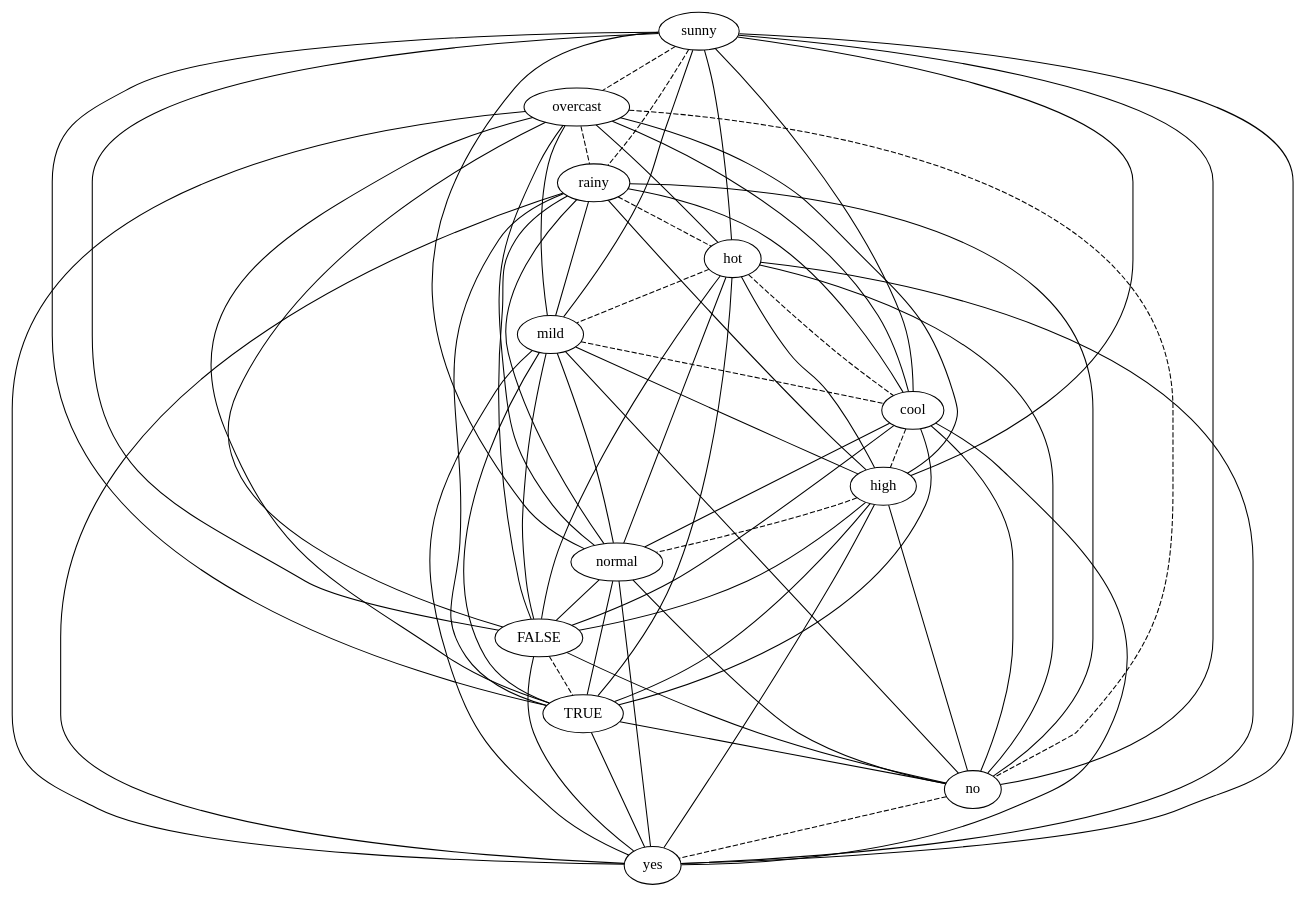
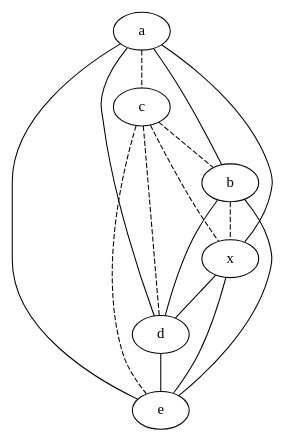
Before and after one commit to lrodrin/TFG: the diagram in src/final/plainGraph.dot, drawn with Graphviz. The commit also changed 14 other files, not shown here.

```diff
--- a/src/final/plainGraph.dot
+++ b/src/final/plainGraph.dot
@@ -1,80 +1,23 @@
 strict graph "" {
-sunny;
-overcast;
-rainy;
-hot;
-mild;
-cool;
-high;
-normal;
-FALSE;
-TRUE;
-no;
-yes;
-sunny -- overcast  [color=black, style=dashed];
-sunny -- rainy  [color=black, style=dashed];
-sunny -- hot  [color=black, style=solid];
-sunny -- mild  [color=black, style=solid];
-sunny -- cool  [color=black, style=solid];
-sunny -- high  [color=black, style=solid];
-sunny -- normal  [color=black, style=solid];
-sunny -- FALSE  [color=black, style=solid];
-sunny -- TRUE  [color=black, style=solid];
-sunny -- no  [color=black, style=solid];
-sunny -- yes  [color=black, style=solid];
-overcast -- rainy  [color=black, style=dashed];
-overcast -- hot  [color=black, style=solid];
-overcast -- mild  [color=black, style=solid];
-overcast -- cool  [color=black, style=solid];
-overcast -- high  [color=black, style=solid];
-overcast -- normal  [color=black, style=solid];
-overcast -- FALSE  [color=black, style=solid];
-overcast -- TRUE  [color=black, style=solid];
-overcast -- no  [color=black, style=dashed];
-overcast -- yes  [color=black, style=solid];
-rainy -- hot  [color=black, style=dashed];
-rainy -- mild  [color=black, style=solid];
-rainy -- cool  [color=black, style=solid];
-rainy -- high  [color=black, style=solid];
-rainy -- normal  [color=black, style=solid];
-rainy -- FALSE  [color=black, style=solid];
-rainy -- TRUE  [color=black, style=solid];
-rainy -- no  [color=black, style=solid];
-rainy -- yes  [color=black, style=solid];
-hot -- mild  [color=black, style=dashed];
-hot -- cool  [color=black, style=dashed];
-hot -- high  [color=black, style=solid];
-hot -- normal  [color=black, style=solid];
-hot -- FALSE  [color=black, style=solid];
-hot -- TRUE  [color=black, style=solid];
-hot -- no  [color=black, style=solid];
-hot -- yes  [color=black, style=solid];
-mild -- cool  [color=black, style=dashed];
-mild -- high  [color=black, style=solid];
-mild -- normal  [color=black, style=solid];
-mild -- FALSE  [color=black, style=solid];
-mild -- TRUE  [color=black, style=solid];
-mild -- no  [color=black, style=solid];
-mild -- yes  [color=black, style=solid];
-cool -- high  [color=black, style=dashed];
-cool -- normal  [color=black, style=solid];
-cool -- FALSE  [color=black, style=solid];
-cool -- TRUE  [color=black, style=solid];
-cool -- no  [color=black, style=solid];
-cool -- yes  [color=black, style=solid];
-high -- normal  [color=black, style=dashed];
-high -- FALSE  [color=black, style=solid];
-high -- TRUE  [color=black, style=solid];
-high -- no  [color=black, style=solid];
-high -- yes  [color=black, style=solid];
-normal -- FALSE  [color=black, style=solid];
-normal -- TRUE  [color=black, style=solid];
-normal -- no  [color=black, style=solid];
-normal -- yes  [color=black, style=solid];
-FALSE -- TRUE  [color=black, style=dashed];
-FALSE -- no  [color=black, style=solid];
-FALSE -- yes  [color=black, style=solid];
-TRUE -- no  [color=black, style=solid];
-TRUE -- yes  [color=black, style=solid];
-no -- yes  [color=black, style=dashed];
+a;
+c;
+b;
+x;
+d;
+e;
+a -- c  [color=black, style=dashed];
+a -- b  [color=black, style=solid];
+a -- x  [color=black, style=solid];
+a -- d  [color=black, style=solid];
+a -- e  [color=black, style=solid];
+c -- b  [color=black, style=dashed];
+c -- x  [color=black, style=dashed];
+c -- d  [color=black, style=dashed];
+c -- e  [color=black, style=dashed];
+b -- x  [color=black, style=dashed];
+b -- d  [color=black, style=solid];
+b -- e  [color=black, style=solid];
+x -- d  [color=black, style=solid];
+x -- e  [color=black, style=solid];
+d -- e  [color=black, style=solid];
 }
```
